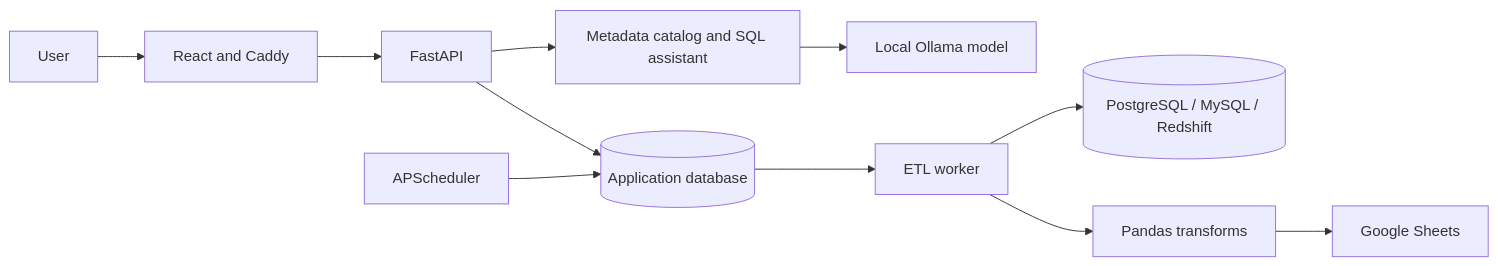
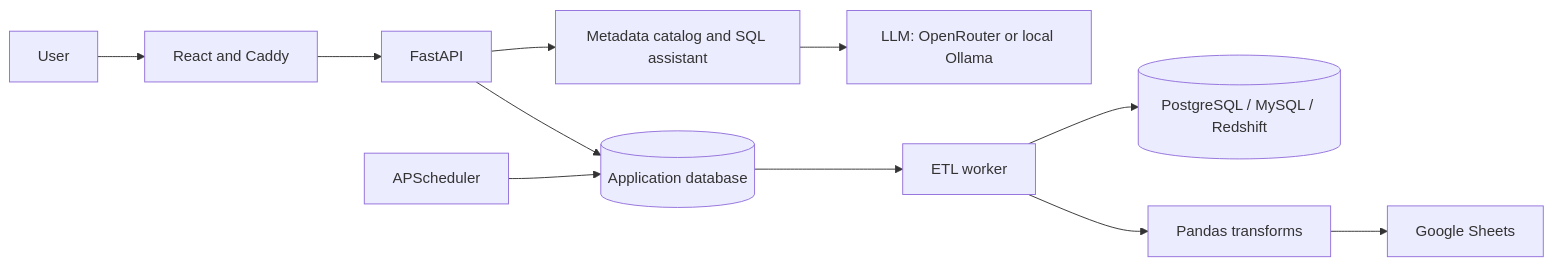
Before and after one commit to ajithreddy1234/FlowForge-ETL-Workflow-Automation-with-SQL-Assistant: the diagram in README.md, drawn with Mermaid. The commit also changed other lines of this file and 21 other files, not shown here.

````diff
--- a/README.md
+++ b/README.md
@@ -85,13 +93,13 @@
 ```mermaid
 flowchart LR
     user[User] --> web[React and Caddy]
     web --> api[FastAPI]
     api --> appdb[(Application database)]
     api --> catalog[Metadata catalog and SQL assistant]
-    catalog --> model[Local Ollama model]
+    catalog --> model[LLM: OpenRouter or local Ollama]
     scheduler[APScheduler] --> appdb
     appdb --> worker[ETL worker]
     worker --> source[(PostgreSQL / MySQL / Redshift)]
     worker --> transform[Pandas transforms]
     transform --> sheets[Google Sheets]
 ```
````
